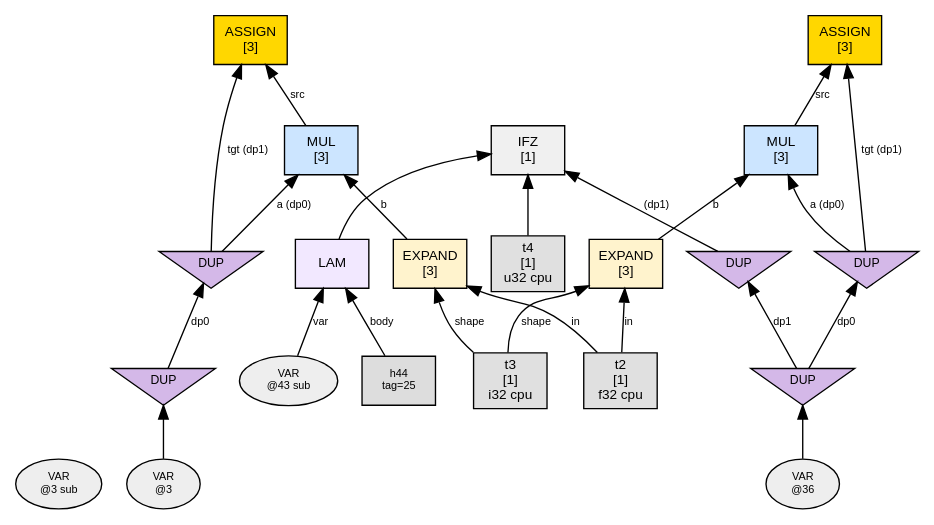
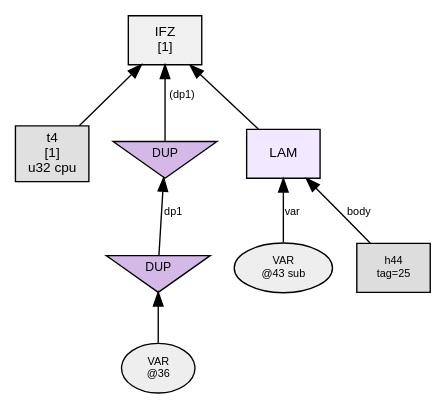
One commit to sw1sh/TinyHVM changed the diagram in phase1_graphs/loop_assign_simple/n2_steps/step_004_state_final.dot. Above: the diagram before and after it, drawn with Graphviz. The commit also changed 117 other files, not shown here.

First line of the commit message:
docs: regenerate loop graphs with root-only fix

```diff
--- a/phase1_graphs/loop_assign_simple/n2_steps/step_004_state_final.dot
+++ b/phase1_graphs/loop_assign_simple/n2_steps/step_004_state_final.dot
@@ -1,50 +1,22 @@
 digraph G {
   // PREV_INTERACTION: interact_VAR
   rankdir=BT;
   node [fontname="Helvetica", fontsize=10, style=filled, shape=box, margin="0.1,0.05"];
   edge [fontsize=8, fontname="Helvetica"];
 
-  var3 [label="VAR\n@3 sub", shape=oval, fillcolor="#eeeeee", fontsize=8];
-  n10 [label="EXPAND\n[3]", shape=box, fillcolor="#fff3cd"];
-  t2 [label="t2\n[1]\nf32 cpu",shape=box,fillcolor="#e0e0e0"];
-  t2 -> n10 [label="in"];
-  t3 [label="t3\n[1]\ni32 cpu",shape=box,fillcolor="#e0e0e0"];
-  t3 -> n10 [label="shape"];
-  n14 [label="MUL\n[3]", shape=box, fillcolor="#cce5ff"];
-  dup8 [label="DUP", shape=invtriangle, fillcolor="#d4b8e8", fontsize=9, width=0.7, height=0.5];
-  dup7 -> dup8 [label="dp0"];
-  dup7 [label="DUP", shape=invtriangle, fillcolor="#d4b8e8", fontsize=9, width=0.7, height=0.5];
-  var7 [label="VAR\n@3", shape=oval, fillcolor="#eeeeee", fontsize=8];
-  var7 -> dup7;
-  dup8 -> n14 [label="a (dp0)"];
-  n10 -> n14 [label="b"];
-  n18 [label="ASSIGN\n[3]", shape=box, fillcolor="#ffd700"];
-  dup8 -> n18 [label="tgt (dp1)"];
-  n14 -> n18 [label="src"];
   n38 [label="IFZ\n[1]", shape=box, fillcolor="#f0f0f0"];
   t4 [label="t4\n[1]\nu32 cpu",shape=box,fillcolor="#e0e0e0"];
   t4 -> n38 [label=""];
   dup41 [label="DUP", shape=invtriangle, fillcolor="#d4b8e8", fontsize=9, width=0.7, height=0.5];
   dup42 -> dup41 [label="dp1"];
   dup42 [label="DUP", shape=invtriangle, fillcolor="#d4b8e8", fontsize=9, width=0.7, height=0.5];
   var42 [label="VAR\n@36", shape=oval, fillcolor="#eeeeee", fontsize=8];
   var42 -> dup42;
   dup41 -> n38 [label=" (dp1)"];
   n43 -> n38 [label=""];
   n43 [label="LAM", shape=box, fillcolor="#f2e8ff"];
   var43 [label="VAR\n@43 sub", shape=oval, fillcolor="#eeeeee", fontsize=8];
   var43 -> n43 [label="var"];
   h44 [label="h44\ntag=25", shape=box, fillcolor="#dddddd", fontsize=8];
   h44 -> n43 [label="body"];
-  n47 [label="ASSIGN\n[3]", shape=box, fillcolor="#ffd700"];
-  dup49 [label="DUP", shape=invtriangle, fillcolor="#d4b8e8", fontsize=9, width=0.7, height=0.5];
-  dup42 -> dup49 [label="dp0"];
-  dup49 -> n47 [label="tgt (dp1)"];
-  n50 -> n47 [label="src"];
-  n50 [label="MUL\n[3]", shape=box, fillcolor="#cce5ff"];
-  dup49 -> n50 [label="a (dp0)"];
-  n52 -> n50 [label="b"];
-  n52 [label="EXPAND\n[3]", shape=box, fillcolor="#fff3cd"];
-  t2 -> n52 [label="in"];
-  t3 -> n52 [label="shape"];
 }
```
